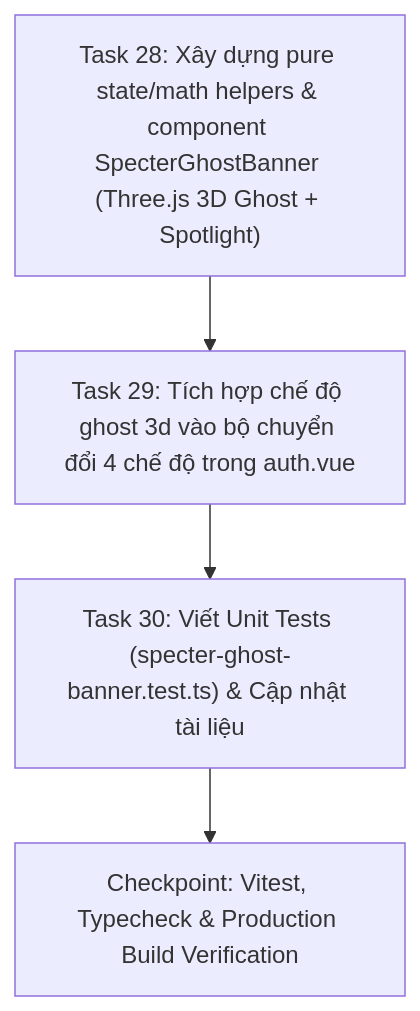
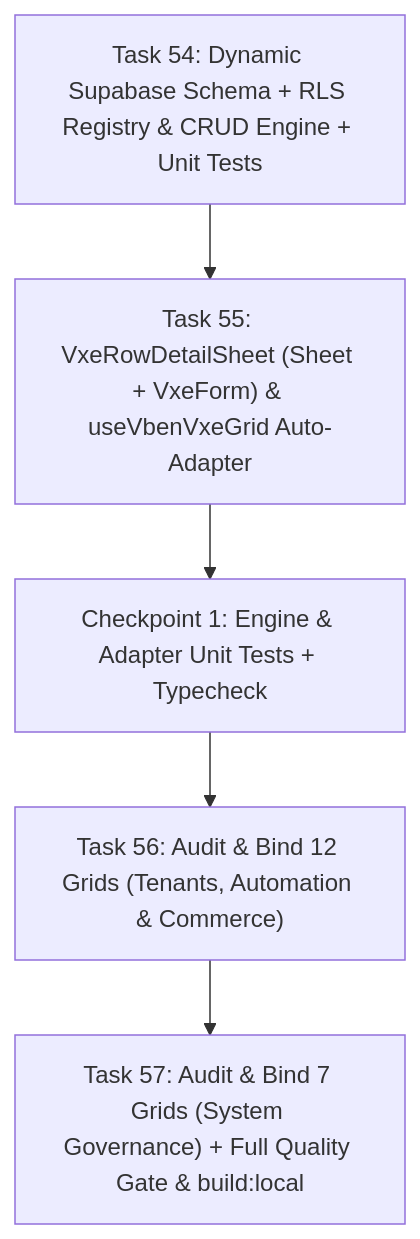
The diagram in tasks/plan.md (tuquet/console), drawn with Mermaid before and after one commit. The commit also changed other lines of this file and 168 other files, not shown here.

Commit message:
feat(@tuquet/admin-web): add dynamic VxeForm detail sheet, RLS schema registry, and overview pages

````diff
--- a/tasks/plan.md
+++ b/tasks/plan.md
@@ -27,11 +46,13 @@
 ```mermaid
 flowchart TD
-    T28["Task 28: Xây dựng pure state/math helpers & component SpecterGhostBanner (Three.js 3D Ghost + Spotlight)"]
-    T29["Task 29: Tích hợp chế độ ghost 3d vào bộ chuyển đổi 4 chế độ trong auth.vue"]
-    T30["Task 30: Viết Unit Tests (specter-ghost-banner.test.ts) & Cập nhật tài liệu"]
-    CP1["Checkpoint: Vitest, Typecheck & Production Build Verification"]
+    T54["Task 54: Dynamic Supabase Schema + RLS Registry & CRUD Engine + Unit Tests"]
+    T55["Task 55: VxeRowDetailSheet (Sheet + VxeForm) & useVbenVxeGrid Auto-Adapter"]
+    CP1["Checkpoint 1: Engine & Adapter Unit Tests + Typecheck"]
+    T56["Task 56: Audit & Bind 12 Grids (Tenants, Automation & Commerce)"]
+    T57["Task 57: Audit & Bind 7 Grids (System Governance) + Full Quality Gate & build:local"]
 
-    T28 --> T29
-    T29 --> T30
-    T30 --> CP1
+    T54 --> T55
+    T55 --> CP1
+    CP1 --> T56
+    T56 --> T57
 ```
````
